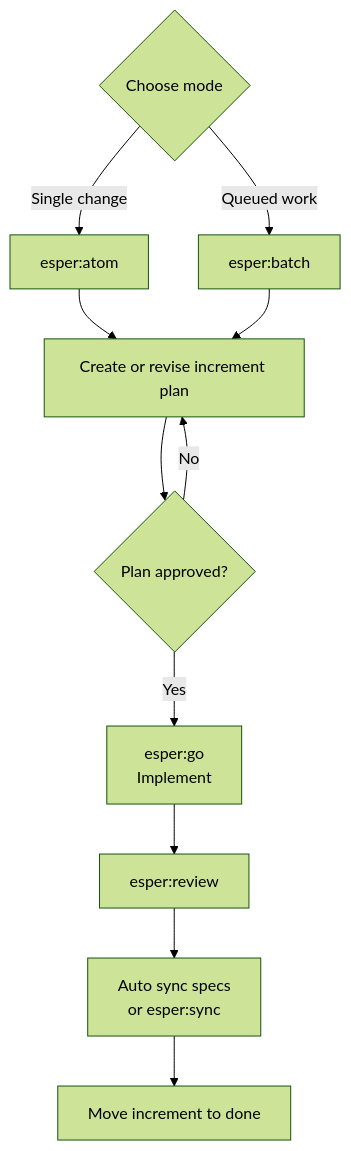
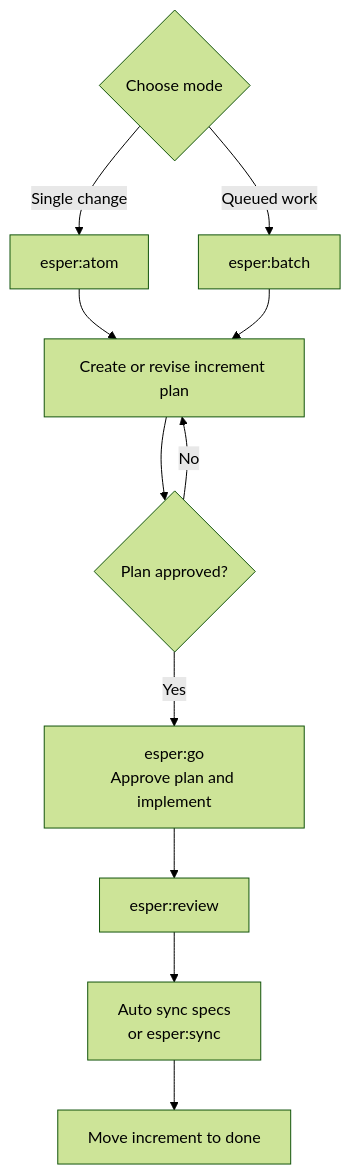
The third of 4 diagrams in docs/esperkit-user-manual.md (sichengchen/esper), drawn with Mermaid (forest theme) before and after one commit. The commit also changed other lines of this file and 1 other file, not shown here.

````diff
--- a/docs/esperkit-user-manual.md
+++ b/docs/esperkit-user-manual.md
@@ -275,13 +302,13 @@
 ```mermaid
 flowchart TD
     A{Choose mode} -->|Single change| B[esper:atom]
     A -->|Queued work| C[esper:batch]
     B --> D[Create or revise increment plan]
     C --> D
     D --> E{Plan approved?}
     E -->|No| D
-    E -->|Yes| F[esper:go<br/>Implement]
+    E -->|Yes| F[esper:go<br/>Approve plan and implement]
     F --> G[esper:review]
     G --> H[Auto sync specs<br/>or esper:sync]
     H --> I[Move increment to done]
 ```
````
